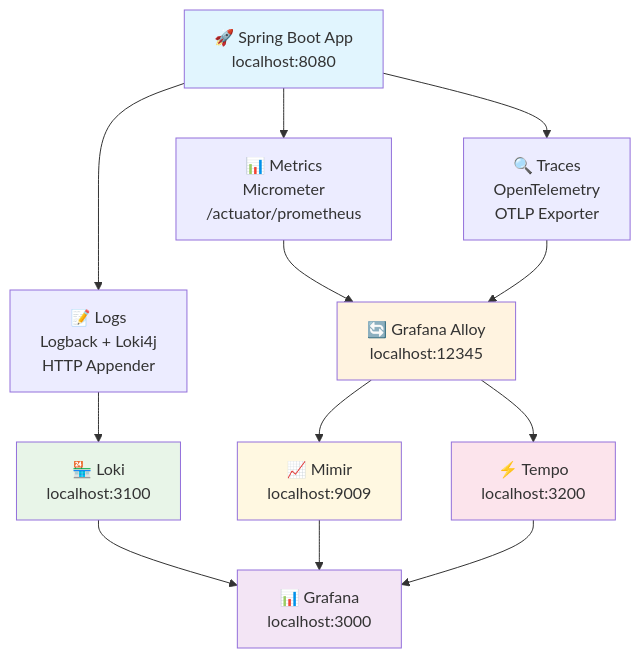
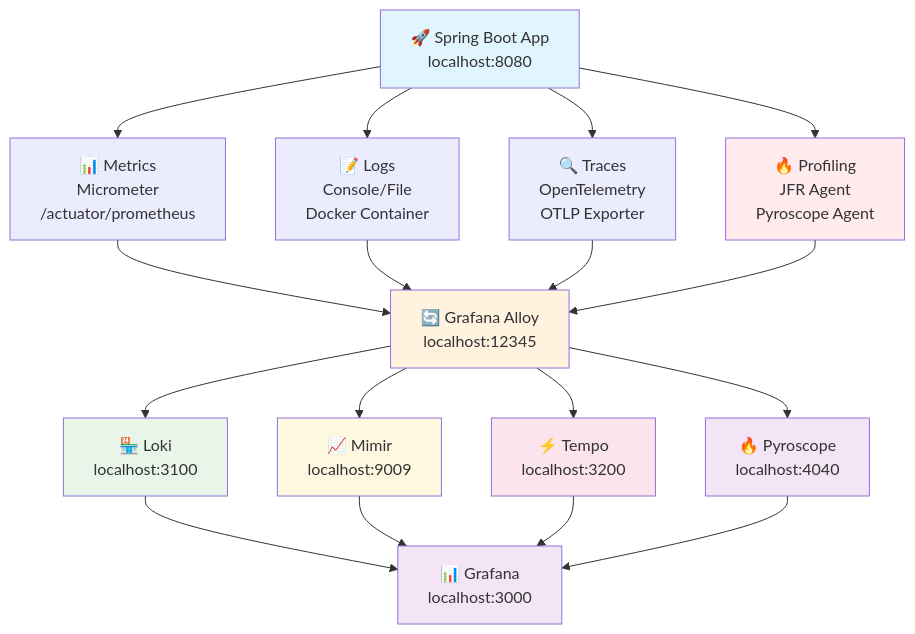
Before and after one commit to ali-v-1985/observability-example: the diagram in README.md, drawn with Mermaid. The commit also changed other lines of this file and 21 other files, not shown here.

First line of the commit message:
Update observability architecture and documentation

````diff
--- a/README.md
+++ b/README.md
@@ -20,24 +21,32 @@
 ```mermaid
 graph TD
     A["🚀 Spring Boot App<br/>localhost:8080"] --> B["📊 Metrics<br/>Micrometer<br/>/actuator/prometheus"]
-    A --> C["📝 Logs<br/>Logback + Loki4j<br/>HTTP Appender"]
+    A --> C["📝 Logs<br/>Console/File<br/>Docker Container"]
     A --> D["🔍 Traces<br/>OpenTelemetry<br/>OTLP Exporter"]
+    A --> P["🔥 Profiling<br/>JFR Agent<br/>Pyroscope Agent"]
     
     B --> E["🔄 Grafana Alloy<br/>localhost:12345"]
-    C --> F["🏪 Loki<br/>localhost:3100"]
+    C --> E
     D --> E
+    P --> E
+    
+    E --> F["🏪 Loki<br/>localhost:3100"]
     
     E --> G["📈 Mimir<br/>localhost:9009"]
     E --> H["⚡ Tempo<br/>localhost:3200"]
+    E --> Q["🔥 Pyroscope<br/>localhost:4040"]
     
     F --> I["📊 Grafana<br/>localhost:3000"]
     G --> I
     H --> I
+    Q --> I
     
     style A fill:#e1f5fe
     style I fill:#f3e5f5
     style E fill:#fff3e0
     style F fill:#e8f5e8
     style G fill:#fff8e1
     style H fill:#fce4ec
+    style P fill:#ffebee
+    style Q fill:#f3e5f5
 ```
````
